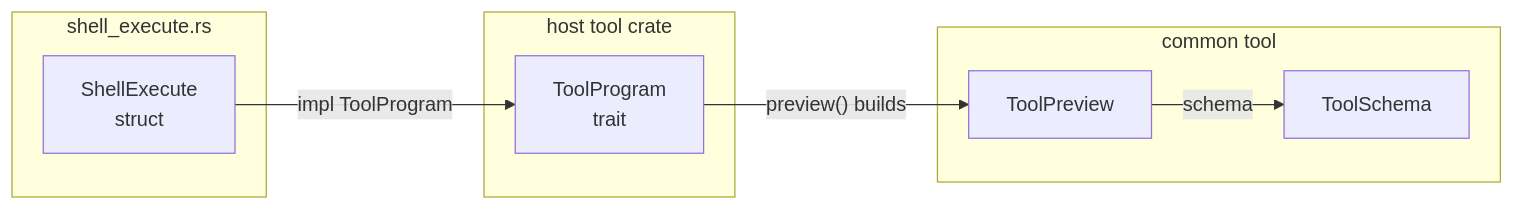
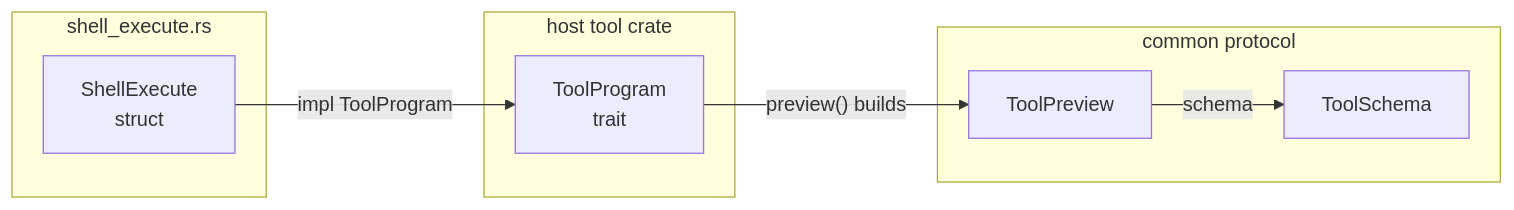
The diagram in src/host/tool/native/shell/.workflow.mmd (DexterDreeeam/Marix), drawn with Mermaid before and after one commit. The commit also changed 44 other files, not shown here.

Commit message:
Switch net channels to mpsc, merge run into new, relocate Tool handle, move tool contracts into protocol

```diff
--- a/src/host/tool/native/shell/.workflow.mmd
+++ b/src/host/tool/native/shell/.workflow.mmd
@@ -1,18 +1,18 @@
 flowchart LR
   %% Shell command execution tool program; invoke() body is a panic-backed placeholder.
   subgraph shell_execute_rs[shell_execute.rs]
     ShellExecute["ShellExecute\nstruct"]
   end
 
   subgraph host_tool[host tool crate]
     ToolProgram["ToolProgram\ntrait"]
   end
 
-  subgraph common_tool[common tool]
+  subgraph common_protocol[common protocol]
     ToolPreview["ToolPreview"]
     ToolSchema["ToolSchema"]
   end
 
   ShellExecute -->|"impl ToolProgram"| ToolProgram
   ToolProgram -->|"preview() builds"| ToolPreview
   ToolPreview -->|"schema"| ToolSchema
```
